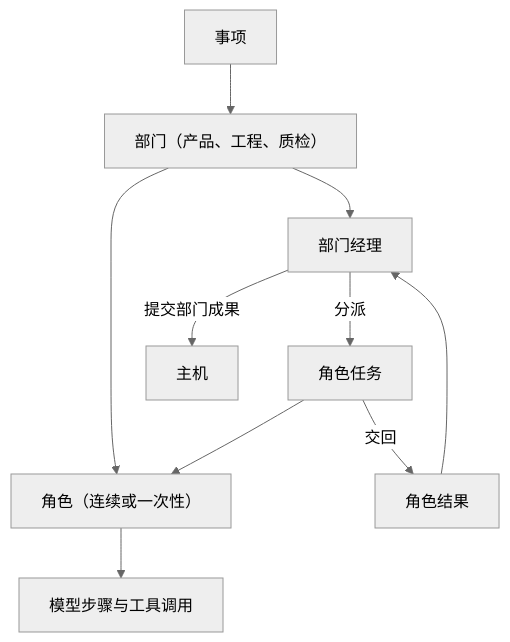
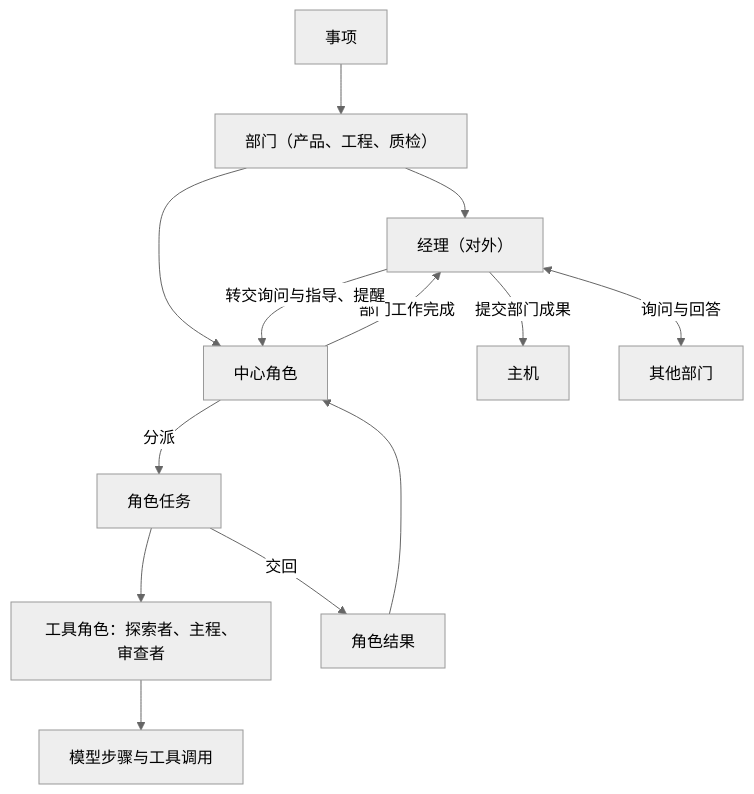
One commit to bender2333/yudao changed the first of 4 diagrams in docs/design/department-roles.md. Above: the diagram before and after it, drawn with Mermaid (neutral theme). The commit also changed other lines of this file and 3 other files, not shown here.

````diff
--- a/docs/design/department-roles.md
+++ b/docs/design/department-roles.md
@@ -37,12 +41,15 @@
 ```mermaid
 flowchart TB
   Run["事项"] --> Dept["部门（产品、工程、质检）"]
-  Dept --> Mgr["部门经理"]
-  Dept --> Role["角色（连续或一次性）"]
-  Mgr -->|"分派"| Task["角色任务"]
-  Task --> Role
-  Role --> Step["模型步骤与工具调用"]
+  Dept --> Mgr["经理（对外）"]
+  Dept --> Center["中心角色"]
+  Center -->|"分派"| Task["角色任务"]
+  Task --> Tool["工具角色：探索者、主程、审查者"]
+  Tool --> Step["模型步骤与工具调用"]
   Task -->|"交回"| Result["角色结果"]
-  Result --> Mgr
+  Result --> Center
+  Center -->|"部门工作完成"| Mgr
   Mgr -->|"提交部门成果"| Host["主机"]
+  Mgr <-->|"询问与回答"| Other["其他部门"]
+  Mgr -->|"转交询问与指导、提醒"| Center
 ```
````
